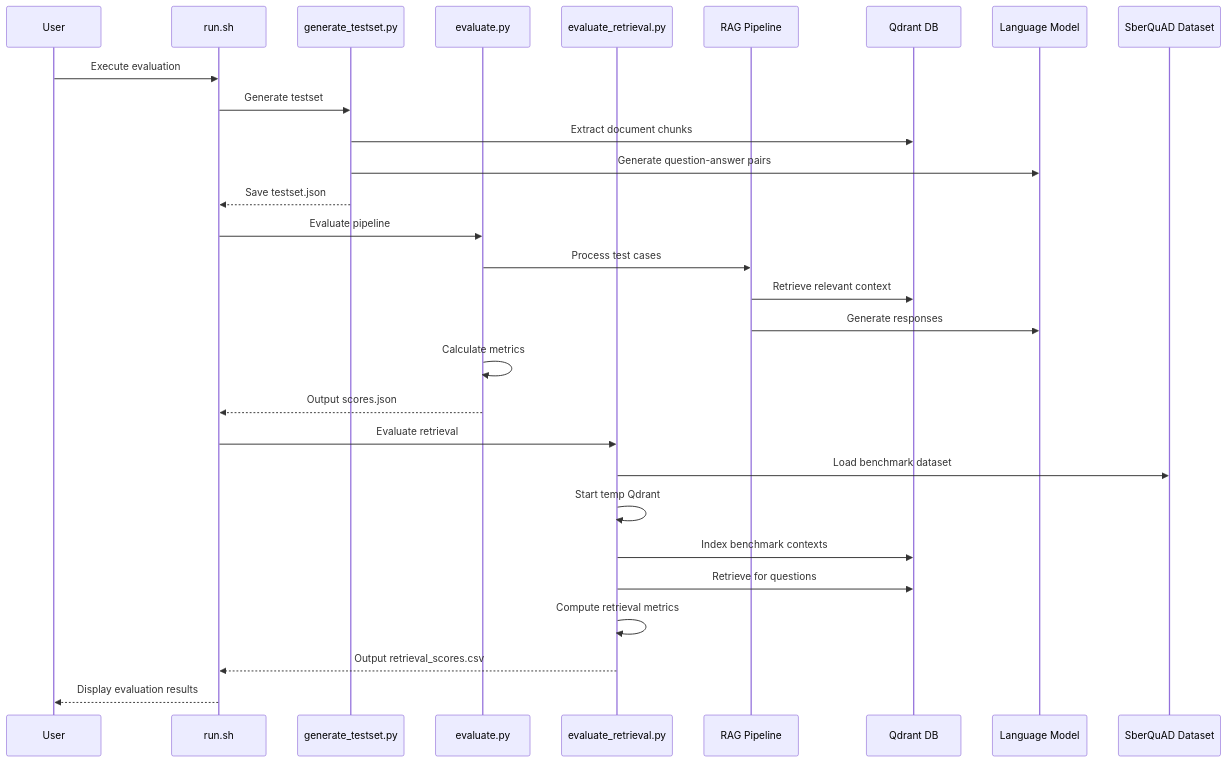
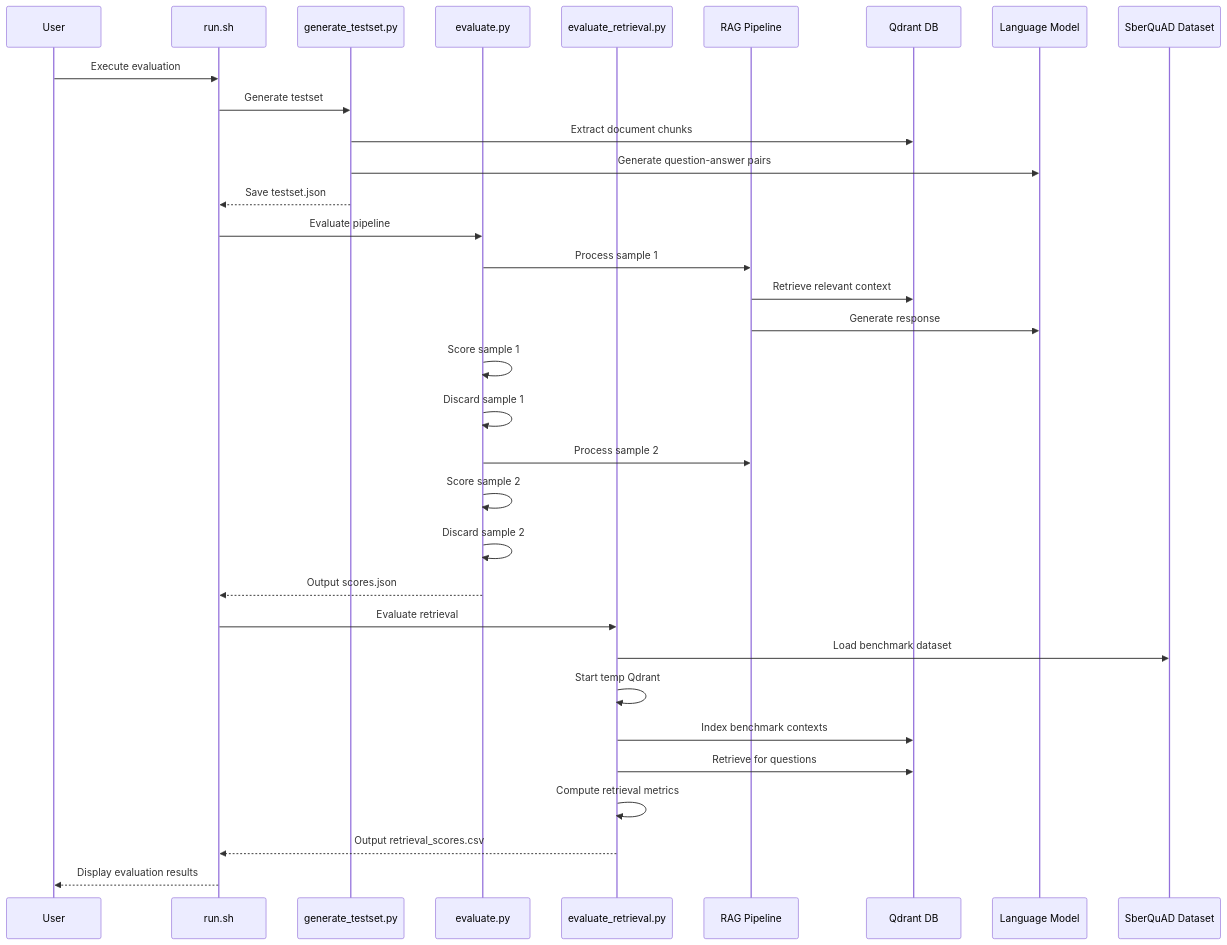
Before and after one commit to ognelis/cafetera_hr_bot: the second of 6 diagrams in .qoder/repowiki/en/content/Testing Strategy/RAGAS Quality Evaluation Framework.md, drawn with Mermaid. The commit also changed other lines of this file and 6 other files, not shown here.

````diff
--- a/.qoder/repowiki/en/content/Testing Strategy/RAGAS Quality Evaluation Framework.md
+++ b/.qoder/repowiki/en/content/Testing Strategy/RAGAS Quality Evaluation Framework.md
@@ -160,31 +168,35 @@
 ```mermaid
 sequenceDiagram
 participant User as User
 participant Runner as run.sh
 participant Generator as generate_testset.py
 participant Evaluator as evaluate.py
 participant RetEvaluator as evaluate_retrieval.py
 participant RAG as RAG Pipeline
 participant Qdrant as Qdrant DB
 participant LLM as Language Model
 participant SberQuAD as SberQuAD Dataset
 User->>Runner : Execute evaluation
 Runner->>Generator : Generate testset
 Generator->>Qdrant : Extract document chunks
 Generator->>LLM : Generate question-answer pairs
 Generator-->>Runner : Save testset.json
 Runner->>Evaluator : Evaluate pipeline
-Evaluator->>RAG : Process test cases
+Evaluator->>RAG : Process sample 1
 RAG->>Qdrant : Retrieve relevant context
-RAG->>LLM : Generate responses
-Evaluator->>Evaluator : Calculate metrics
+RAG->>LLM : Generate response
+Evaluator->>Evaluator : Score sample 1
+Evaluator->>Evaluator : Discard sample 1
+Evaluator->>RAG : Process sample 2
+Evaluator->>Evaluator : Score sample 2
+Evaluator->>Evaluator : Discard sample 2
 Evaluator-->>Runner : Output scores.json
 Runner->>RetEvaluator : Evaluate retrieval
 RetEvaluator->>SberQuAD : Load benchmark dataset
 RetEvaluator->>RetEvaluator : Start temp Qdrant
 RetEvaluator->>Qdrant : Index benchmark contexts
 RetEvaluator->>Qdrant : Retrieve for questions
 RetEvaluator->>RetEvaluator : Compute retrieval metrics
 RetEvaluator-->>Runner : Output retrieval_scores.csv
 Runner-->>User : Display evaluation results
 ```
````
